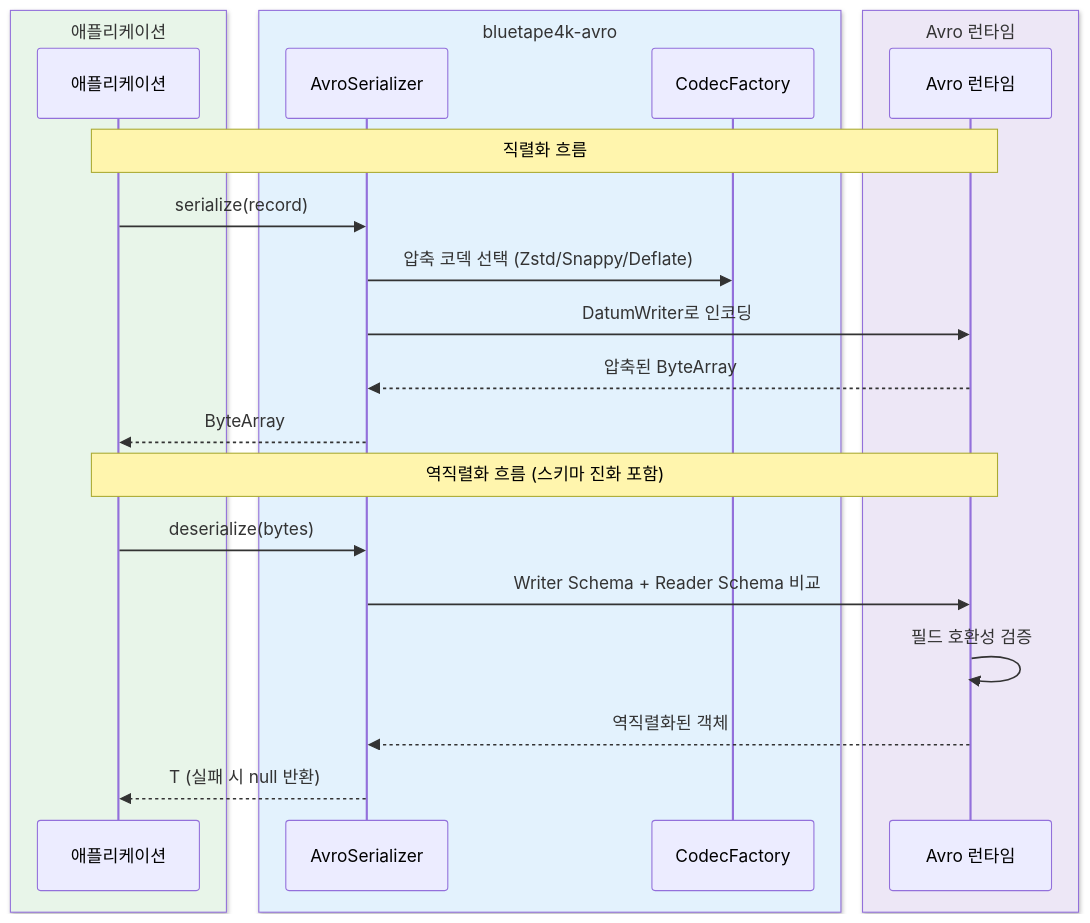
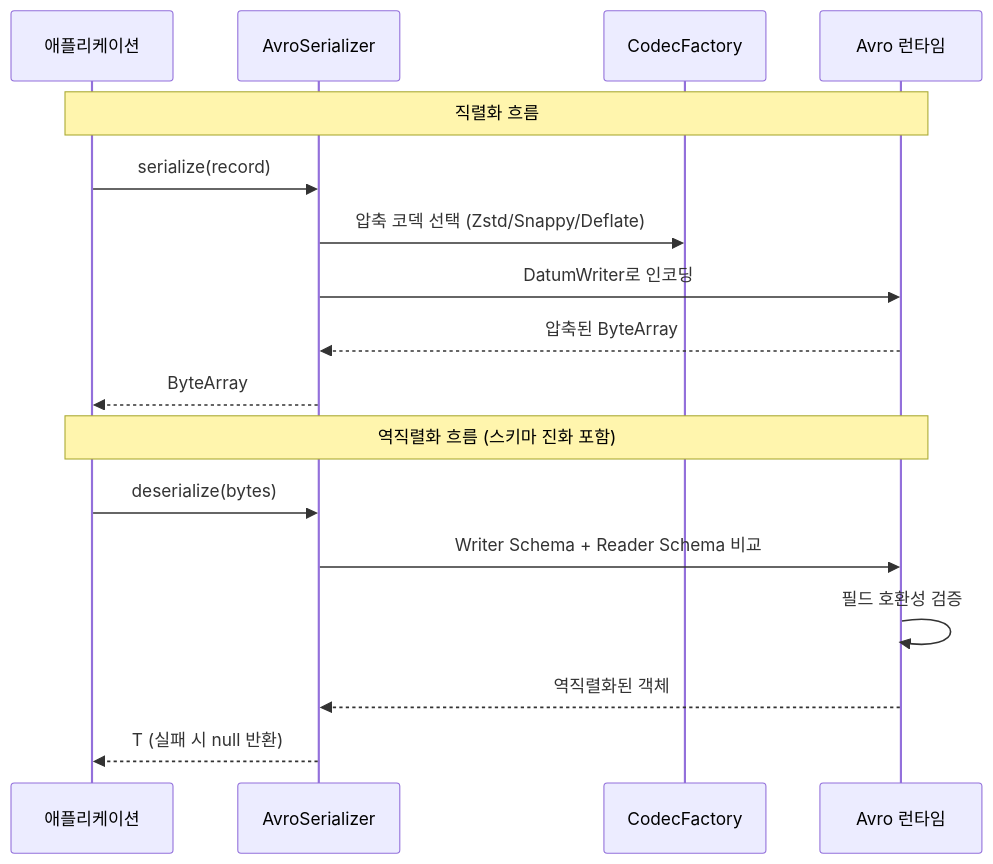
The second of 3 diagrams in io/avro/README.ko.md (bluetape4k/bluetape4k-projects), drawn with Mermaid before and after one commit. The commit also changed other lines of this file and 219 other files, not shown here.

First line of the commit message:
docs: 전체 README Mermaid 다이어그램 가이드 적용

````diff
--- a/io/avro/README.ko.md
+++ b/io/avro/README.ko.md
@@ -182,27 +182,21 @@
 ```mermaid
 sequenceDiagram
-    box rgb(232, 245, 233) 애플리케이션
         participant 앱 as 애플리케이션
-    end
-    box rgb(227, 242, 253) bluetape4k-avro
         participant S as AvroSerializer
         participant C as CodecFactory
-    end
-    box rgb(237, 231, 246) Avro 런타임
         participant A as Avro 런타임
-    end
 
     Note over 앱,A: 직렬화 흐름
     앱->>S: serialize(record)
     S->>C: 압축 코덱 선택 (Zstd/Snappy/Deflate)
     S->>A: DatumWriter로 인코딩
     A-->>S: 압축된 ByteArray
     S-->>앱: ByteArray
 
     Note over 앱,A: 역직렬화 흐름 (스키마 진화 포함)
     앱->>S: deserialize(bytes)
     S->>A: Writer Schema + Reader Schema 비교
     A->>A: 필드 호환성 검증
     A-->>S: 역직렬화된 객체
     S-->>앱: T (실패 시 null 반환)
 ```
````
